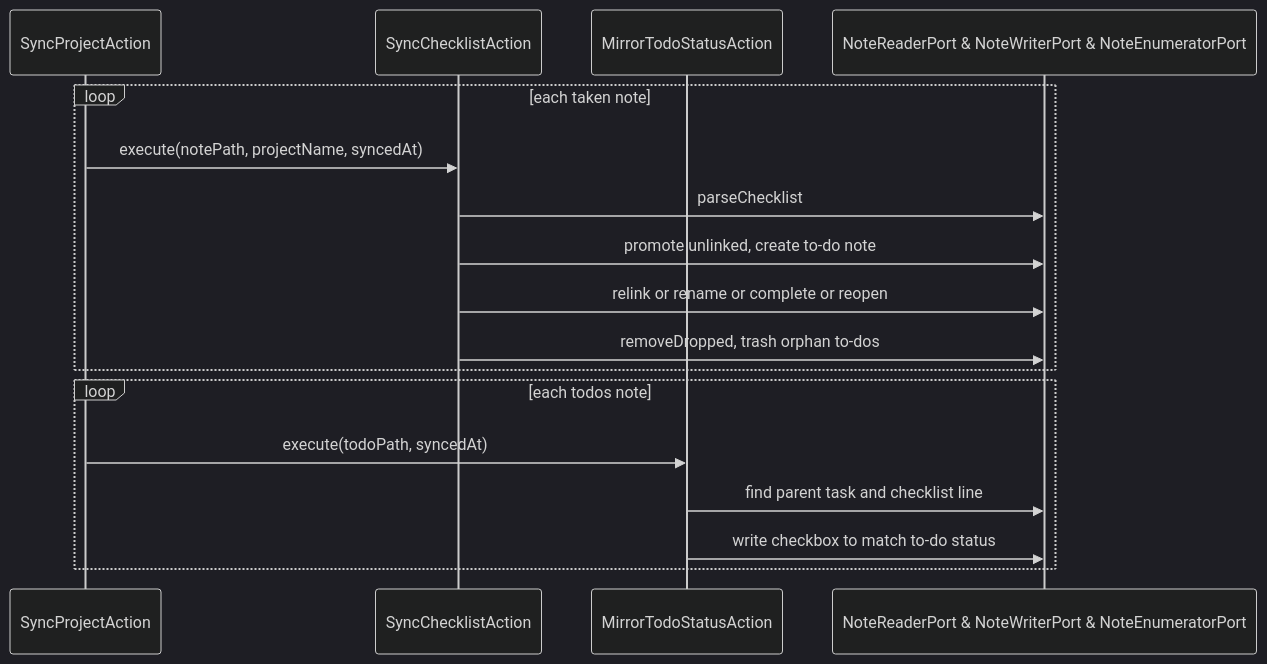
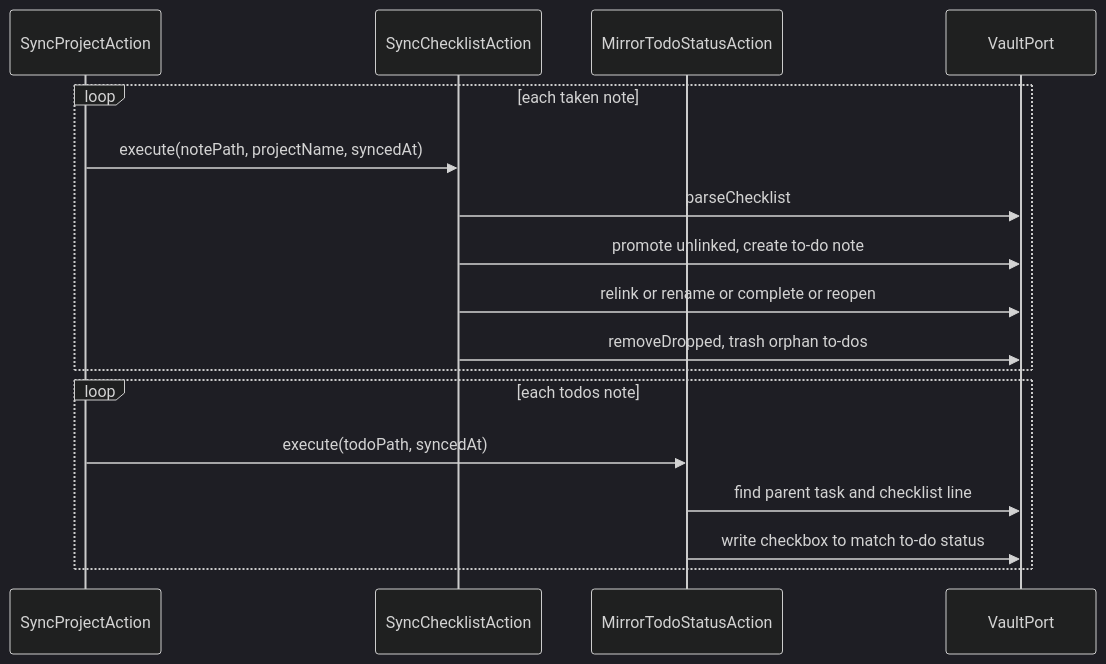
Before and after one commit to 99linesofcode/obsidian-project-management: diagram 14 of 18 in docs/developer-manual.md, drawn with Mermaid (dark theme). The commit also changed other lines of this file and 76 other files, not shown here.

First line of the commit message:
refactor(vault): collapse the vault ports into one VaultPort

````diff
--- a/docs/developer-manual.md
+++ b/docs/developer-manual.md
@@ -684,20 +684,20 @@
 ```mermaid
 sequenceDiagram
   participant SP as SyncProjectAction
   participant Chk as SyncChecklistAction
   participant Mir as MirrorTodoStatusAction
-  participant V as NoteReaderPort & NoteWriterPort & NoteEnumeratorPort
+  participant V as VaultPort
 
   loop each taken note
     SP->>Chk: execute(notePath, projectName, syncedAt)
     Chk->>V: parseChecklist
     Chk->>V: promote unlinked, create to-do note
     Chk->>V: relink or rename or complete or reopen
     Chk->>V: removeDropped, trash orphan to-dos
   end
   loop each todos note
     SP->>Mir: execute(todoPath, syncedAt)
     Mir->>V: find parent task and checklist line
     Mir->>V: write checkbox to match to-do status
   end
 ```
````
